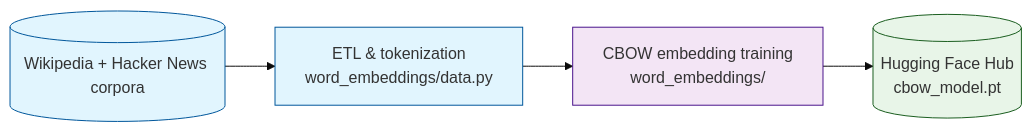
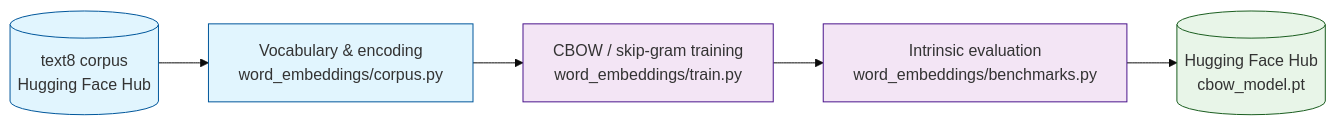
One commit to RoshBeed/ai-residency changed the first of 3 diagrams in services/word-embeddings/README.md. Above: the diagram before and after it, drawn with Mermaid (base theme). The commit also changed other lines of this file and 31 other files, not shown here.

First line of the commit message:
Train word-embeddings for real, and fix the four defects that stopped it

````diff
--- a/services/word-embeddings/README.md
+++ b/services/word-embeddings/README.md
@@ -77,11 +81,13 @@
 ```mermaid
 flowchart LR
-    data[("Wikipedia + Hacker News corpora")] --> etl["ETL & tokenization<br/>word_embeddings/data.py"]
-    etl --> cbow["CBOW embedding training<br/>word_embeddings/"]
-    cbow --> hub[("Hugging Face Hub<br/>cbow_model.pt")]
+    data[("text8 corpus<br/>Hugging Face Hub")] --> etl["Vocabulary & encoding<br/>word_embeddings/corpus.py"]
+    etl --> cbow["CBOW / skip-gram training<br/>word_embeddings/train.py"]
+    cbow --> eval["Intrinsic evaluation<br/>word_embeddings/benchmarks.py"]
+    eval --> hub[("Hugging Face Hub<br/>cbow_model.pt")]
 
     style data fill:#e1f5fe,stroke:#01579b
     style etl fill:#e1f5fe,stroke:#01579b
     style cbow fill:#f3e5f5,stroke:#4a148c
+    style eval fill:#f3e5f5,stroke:#4a148c
     style hub fill:#e8f5e8,stroke:#1b5e20
 ```
````
